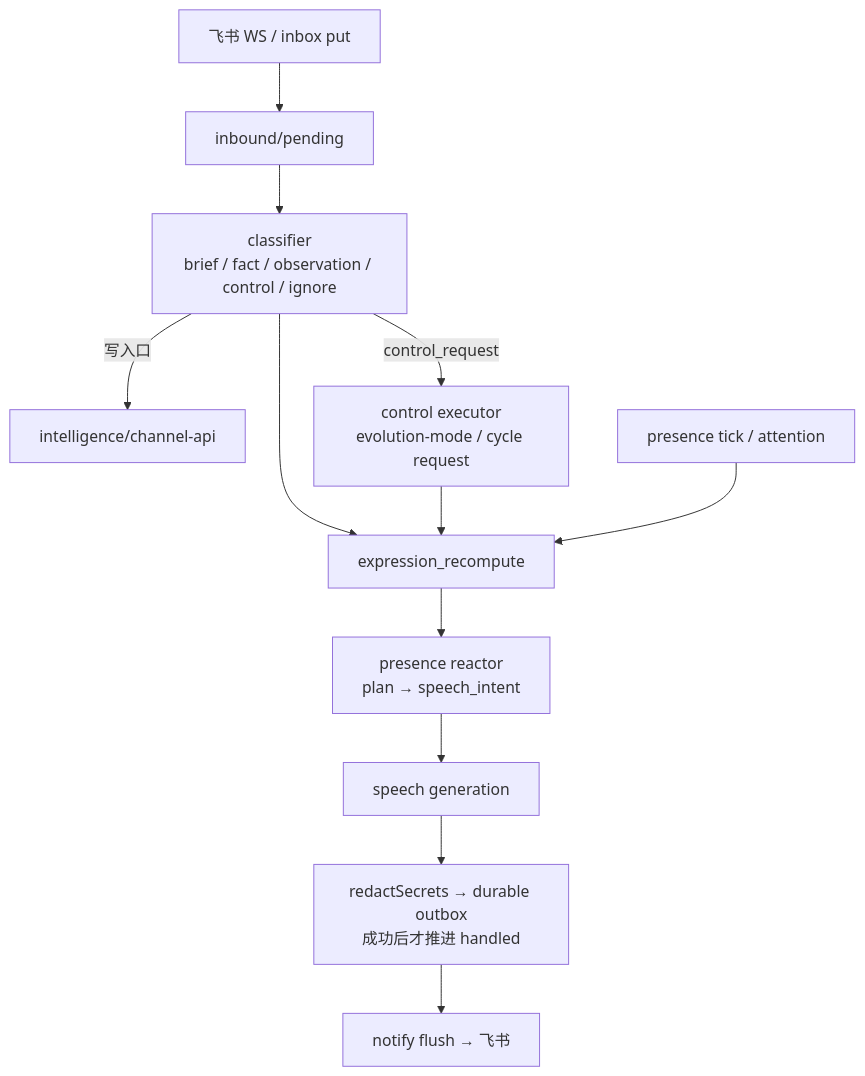
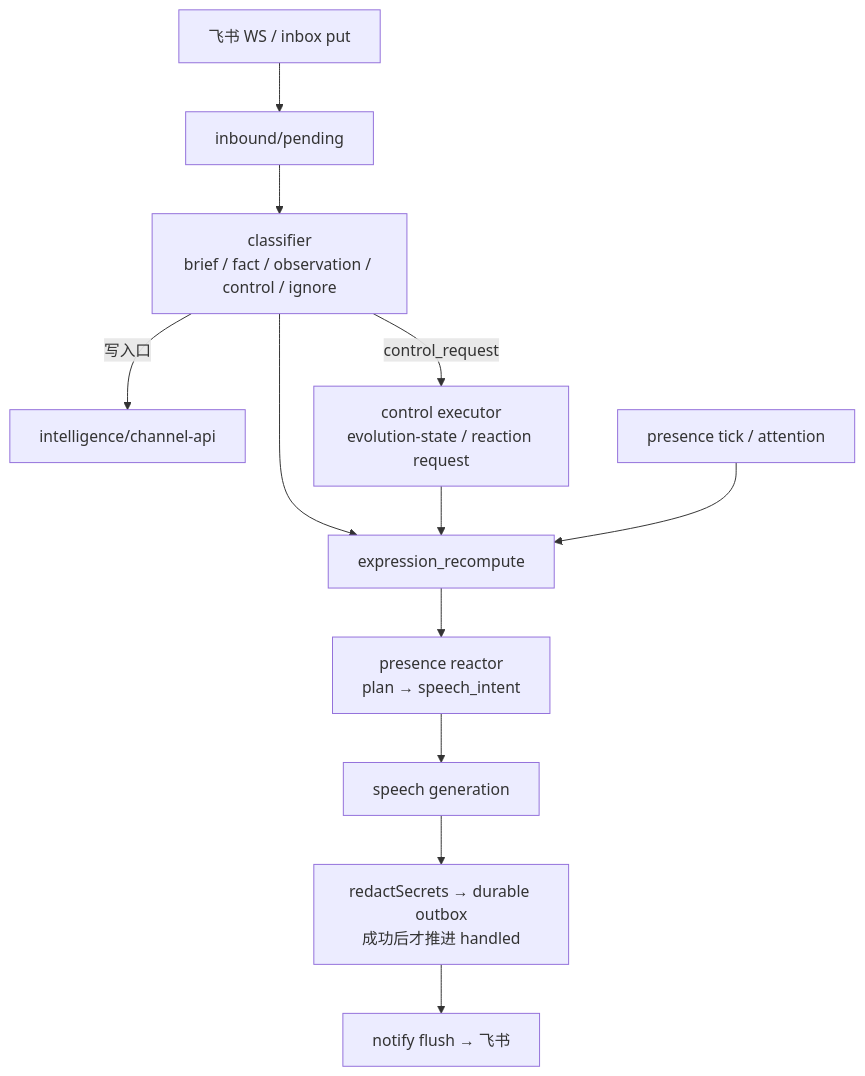
Before and after one commit to imjszhang/js-evolution-agent: the seventh of 9 diagrams in docs/mechanism-diagram.md, drawn with Mermaid. The commit also changed 14 other files, not shown here.

````diff
--- a/docs/mechanism-diagram.md
+++ b/docs/mechanism-diagram.md
@@ -168,14 +168,14 @@
 ```mermaid
 flowchart TB
   FS["飞书 WS / inbox put"] --> IN["inbound/pending"]
   IN --> CL["classifier<br/>brief / fact / observation / control / ignore"]
   CL -->|写入口| API["intelligence/channel-api"]
-  CL -->|control_request| CTRL["control executor<br/>evolution-mode / cycle request"]
+  CL -->|control_request| CTRL["control executor<br/>evolution-state / reaction request"]
   CL --> WAKE["expression_recompute"]
   CTRL --> WAKE
   Tick["presence tick / attention"] --> WAKE
   WAKE --> PR["presence reactor<br/>plan → speech_intent"]
   PR --> SP["speech generation"]
   SP --> OB["redactSecrets → durable outbox<br/>成功后才推进 handled"]
   OB --> NT["notify flush → 飞书"]
 ```
````
